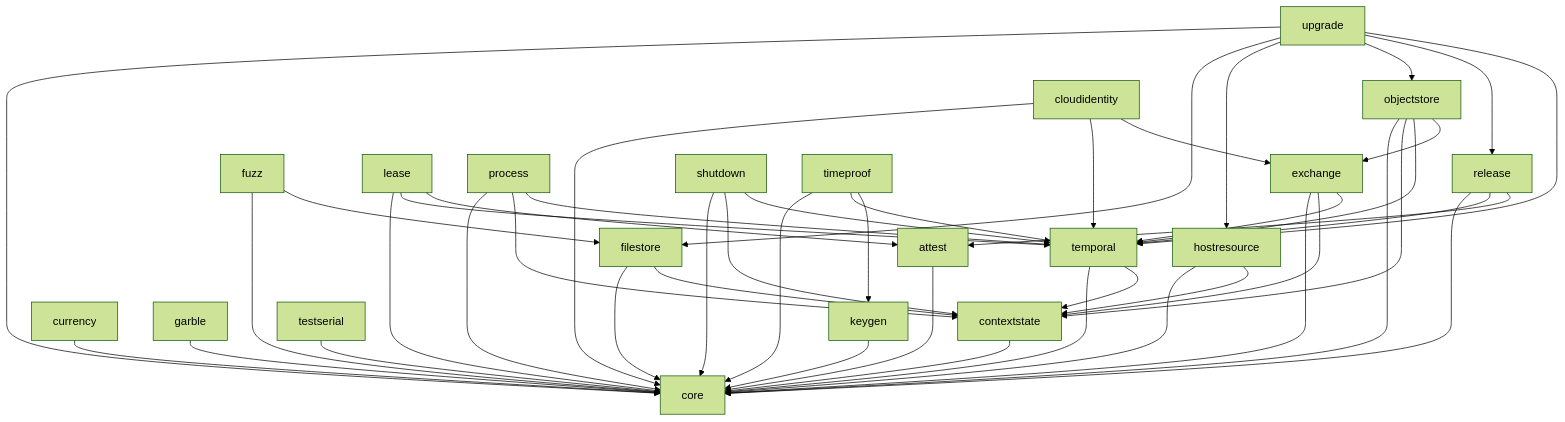
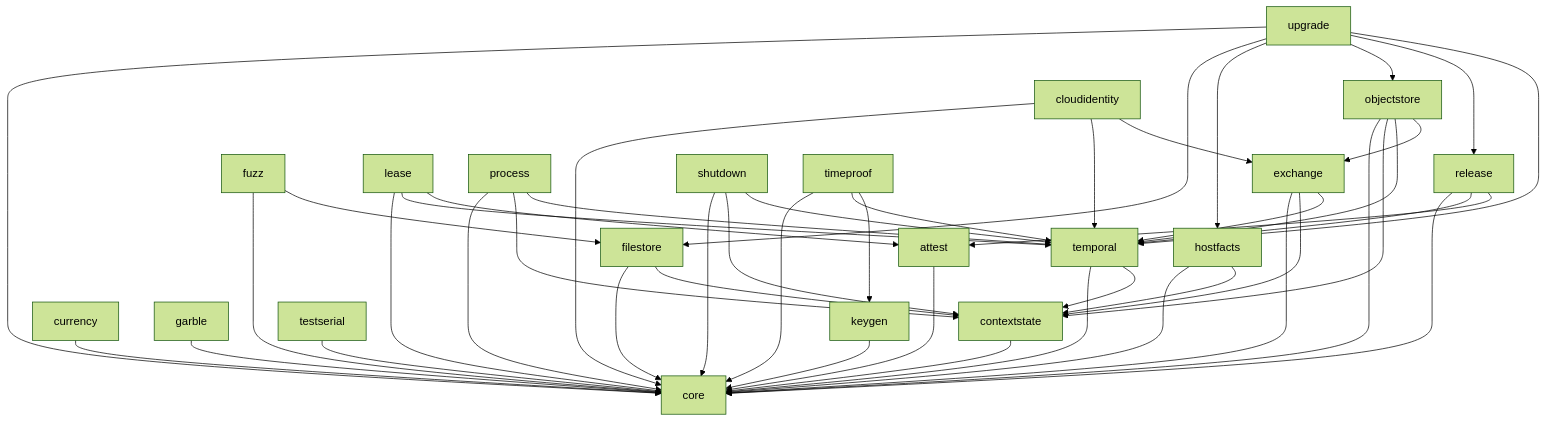
The diagram in README.md (deliri/primitive), drawn with Mermaid (forest theme) before and after one commit. The commit also changed 35 other files, not shown here.

````diff
--- a/README.md
+++ b/README.md
@@ -26,54 +26,54 @@
 ```mermaid
 flowchart TD
     core[core]
 
     attest[attest] --> core
     contextstate[contextstate] --> core
     currency[currency] --> core
     garble[garble] --> core
     keygen[keygen] --> core
     testserial[testserial] --> core
 
     filestore[filestore] --> core
     filestore --> contextstate
-    hostresource[hostresource] --> core
-    hostresource --> contextstate
+    hostfacts[hostfacts] --> core
+    hostfacts --> contextstate
     temporal[temporal] --> core
     temporal --> contextstate
 
     exchange[exchange] --> core
     exchange --> contextstate
     exchange --> temporal
     fuzz[fuzz] --> core
     fuzz --> filestore
     lease[lease] --> core
     lease --> temporal
     lease --> attest
     process[process] --> core
     process --> contextstate
     process --> temporal
     release[release] --> core
     release --> temporal
     release --> attest
     shutdown[shutdown] --> core
     shutdown --> contextstate
     shutdown --> temporal
 
     objectstore[objectstore] --> core
     objectstore --> contextstate
     objectstore --> temporal
     objectstore --> exchange
     timeproof[timeproof] --> core
     timeproof --> temporal
     timeproof --> keygen
     cloudidentity[cloudidentity] --> core
     cloudidentity --> temporal
     cloudidentity --> exchange
 
     upgrade[upgrade] --> core
     upgrade --> filestore
-    upgrade --> hostresource
+    upgrade --> hostfacts
     upgrade --> objectstore
     upgrade --> release
     upgrade --> temporal
 ```
````
